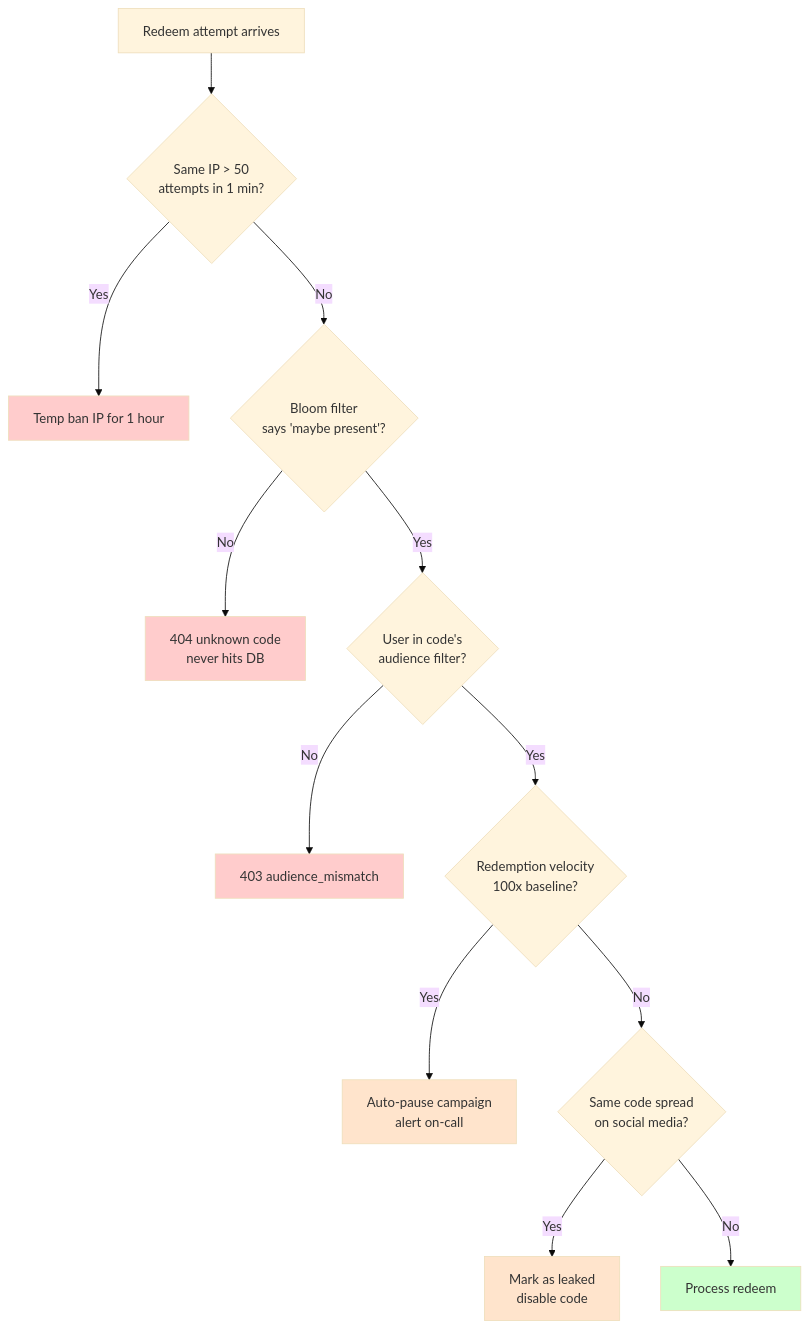
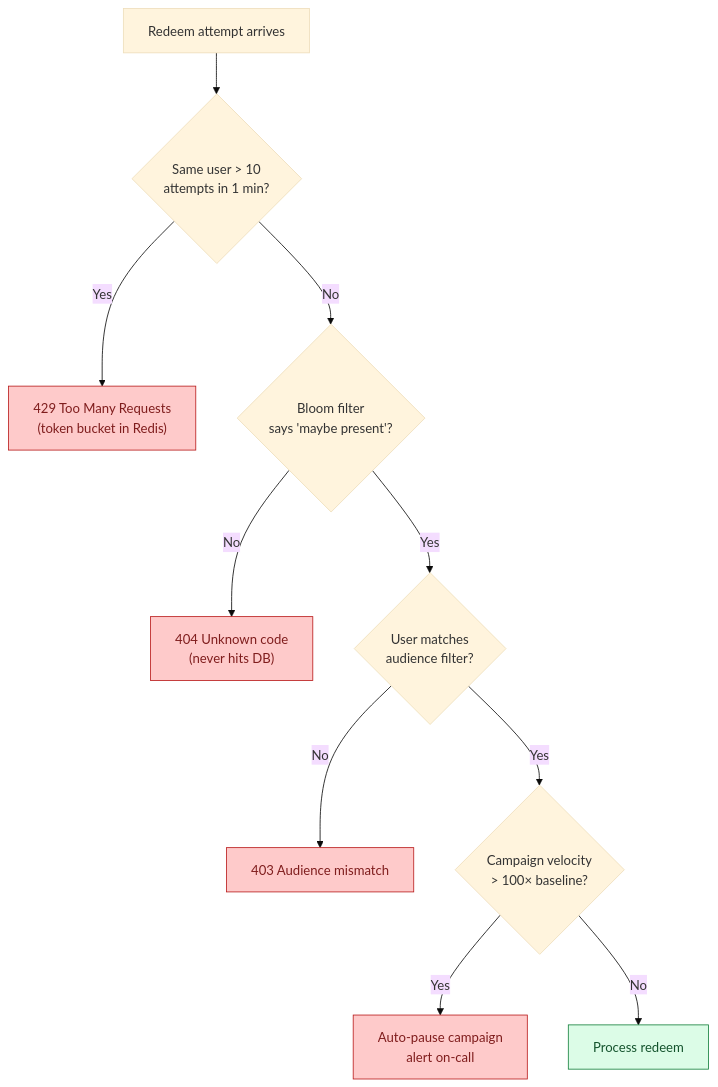
Before and after one commit to shiningflash/system-design: diagram 11 of 11 in problems/014-coupon-redemption/question.md, drawn with Mermaid (base theme). The commit also changed other lines of this file and 38 other files, not shown here.

````diff
--- a/problems/014-coupon-redemption/question.md
+++ b/problems/014-coupon-redemption/question.md
@@ -422,21 +483,15 @@
 ```mermaid
 flowchart TD
-    Start[Redeem attempt arrives] --> A{Same IP > 50<br/>attempts in 1 min?}
-    A -->|Yes| Ban1[Temp ban IP for 1 hour]
-    A -->|No| B{Bloom filter<br/>says 'maybe present'?}
-    B -->|No| Reject1[404 unknown code<br/>never hits DB]
-    B -->|Yes| C{User in code's<br/>audience filter?}
-    C -->|No| Reject2[403 audience_mismatch]
-    C -->|Yes| D{Redemption velocity<br/>100x baseline?}
-    D -->|Yes| Pause[Auto-pause campaign<br/>alert on-call]
-    D -->|No| E{Same code spread<br/>on social media?}
-    E -->|Yes| Leaked[Mark as leaked<br/>disable code]
-    E -->|No| Allow[Process redeem]
+    Start[Redeem attempt arrives] --> A{"Same user > 10<br/>attempts in 1 min?"}
+    A -->|Yes| Ban1["429 Too Many Requests<br/>(token bucket in Redis)"]:::bad
+    A -->|No| B{"Bloom filter<br/>says 'maybe present'?"}
+    B -->|No| Reject1["404 Unknown code<br/>(never hits DB)"]:::bad
+    B -->|Yes| C{"User matches<br/>audience filter?"}
+    C -->|No| Reject2["403 Audience mismatch"]:::bad
+    C -->|Yes| D{"Campaign velocity<br/>> 100× baseline?"}
+    D -->|Yes| Pause["Auto-pause campaign<br/>alert on-call"]:::bad
+    D -->|No| Allow["Process redeem"]:::ok
 
-    style Ban1 fill:#ffcccc
-    style Reject1 fill:#ffcccc
-    style Reject2 fill:#ffcccc
-    style Pause fill:#ffe4cc
-    style Leaked fill:#ffe4cc
-    style Allow fill:#ccffcc
+    classDef ok  fill:#dcfce7,stroke:#15803d,color:#14532d
+    classDef bad fill:#fecaca,stroke:#b91c1c,color:#7f1d1d
 ```
````
